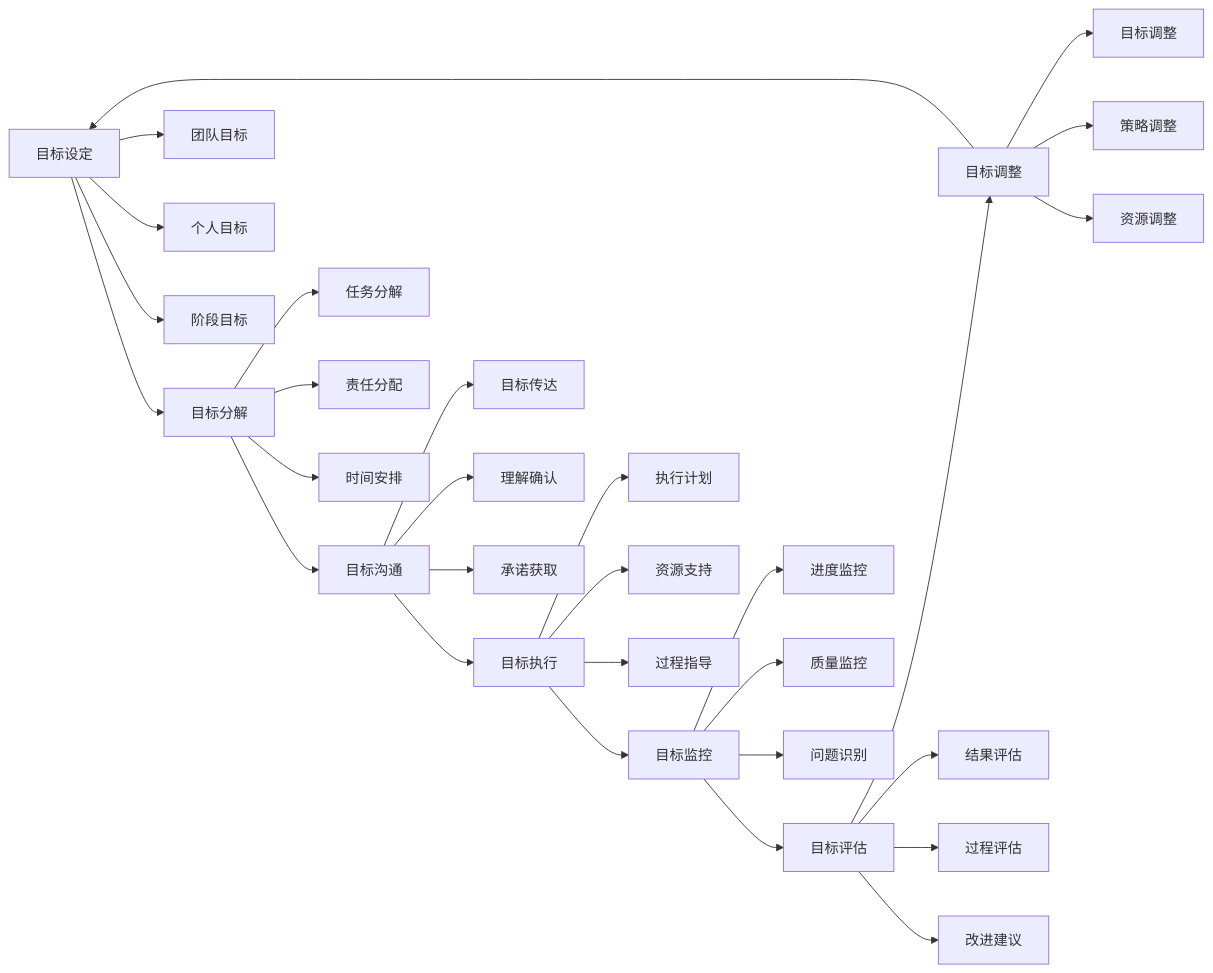
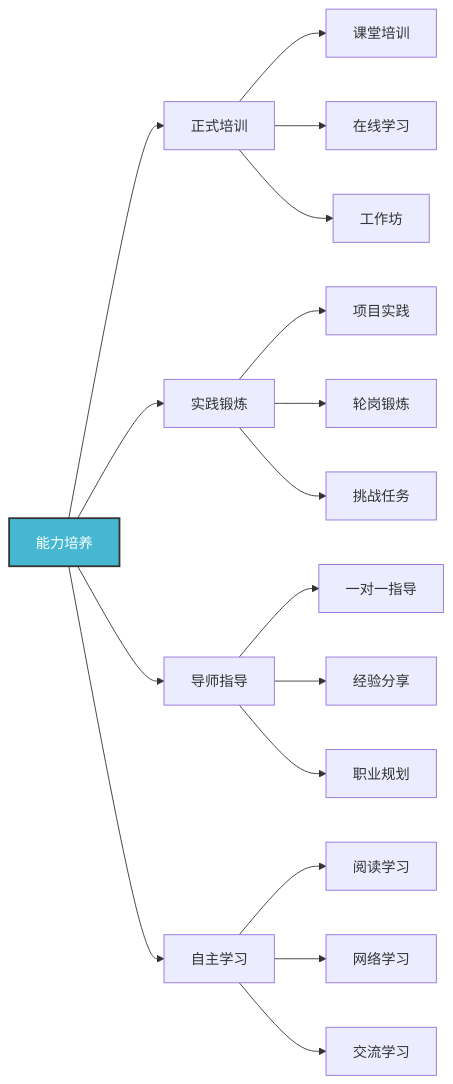
Before and after one commit to Anping2017/obsidian: the fourth of 9 diagrams in 企业领导力/03-能力构建层/核心领导能力/04-团队建设.md, drawn with Mermaid. The commit also changed other lines of this file and 28 other files, not shown here.

````diff
--- a/企业领导力/03-能力构建层/核心领导能力/04-团队建设.md
+++ b/企业领导力/03-能力构建层/核心领导能力/04-团队建设.md
@@ -67,38 +151,25 @@
 ```mermaid
 graph LR
-    A[目标设定] --> B[目标分解]
-    B --> C[目标沟通]
-    C --> D[目标执行]
-    D --> E[目标监控]
-    E --> F[目标评估]
-    F --> G[目标调整]
-    G --> A
+    A[能力培养] --> B[正式培训]
+    A --> C[实践锻炼]
+    A --> D[导师指导]
+    A --> E[自主学习]
     
-    A --> A1[团队目标]
-    A --> A2[个人目标]
-    A --> A3[阶段目标]
+    B --> B1[课堂培训]
+    B --> B2[在线学习]
+    B --> B3[工作坊]
     
-    B --> B1[任务分解]
-    B --> B2[责任分配]
-    B --> B3[时间安排]
+    C --> C1[项目实践]
+    C --> C2[轮岗锻炼]
+    C --> C3[挑战任务]
     
-    C --> C1[目标传达]
-    C --> C2[理解确认]
-    C --> C3[承诺获取]
+    D --> D1[一对一指导]
+    D --> D2[经验分享]
+    D --> D3[职业规划]
     
-    D --> D1[执行计划]
-    D --> D2[资源支持]
-    D --> D3[过程指导]
+    E --> E1[阅读学习]
+    E --> E2[网络学习]
+    E --> E3[交流学习]
     
-    E --> E1[进度监控]
-    E --> E2[质量监控]
-    E --> E3[问题识别]
-    
-    F --> F1[结果评估]
-    F --> F2[过程评估]
-    F --> F3[改进建议]
-    
-    G --> G1[目标调整]
-    G --> G2[策略调整]
-    G --> G3[资源调整]
+    style A fill:#45b7d1,stroke:#333,stroke-width:2px,color:#fff
 ```
````
